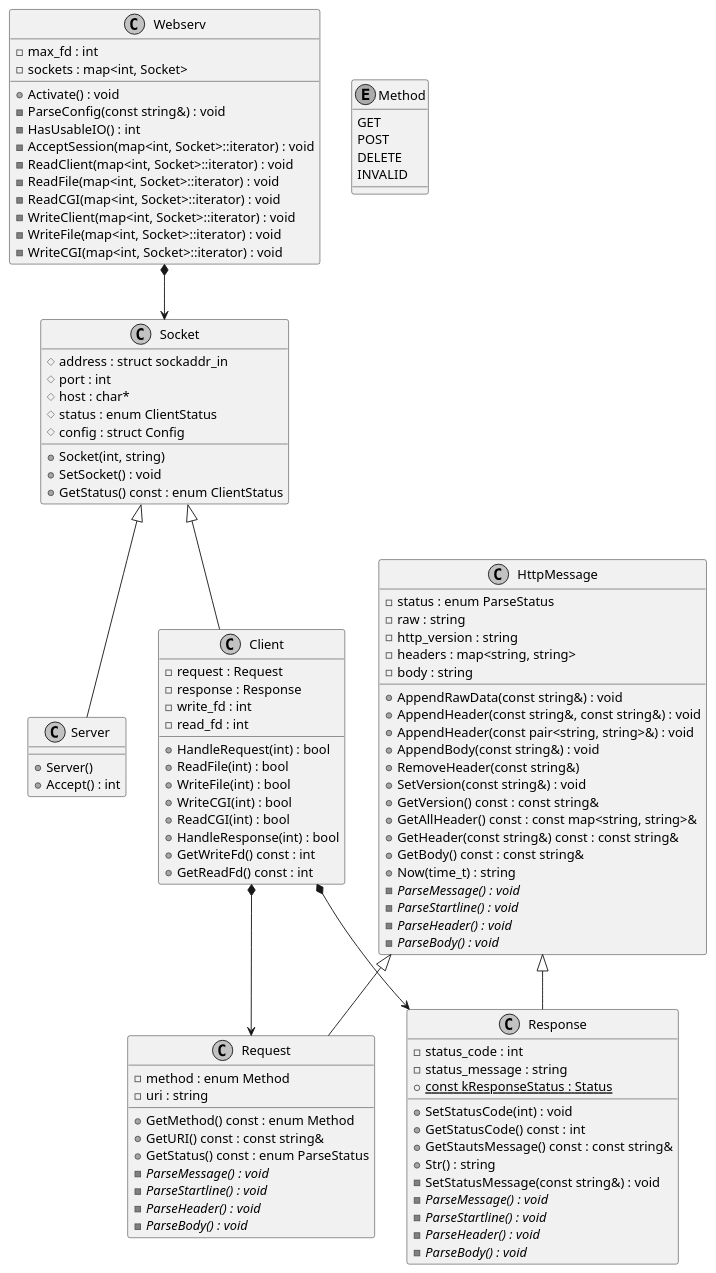
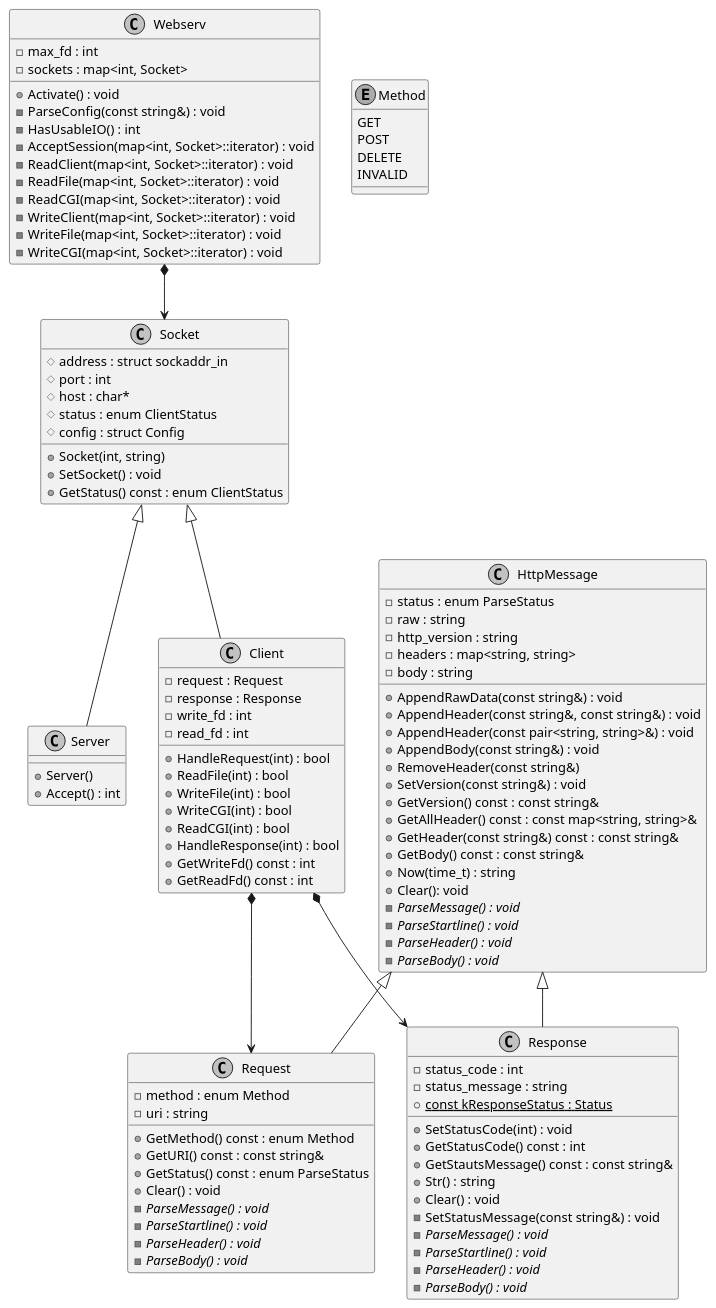
Before and after one commit to tkomatsu/webserv: the diagram in docs/webserv.pu, drawn with PlantUML. The commit also changed 7 other files, not shown here.

```diff
--- a/docs/webserv.pu
+++ b/docs/webserv.pu
@@ -1,117 +1,120 @@
 @startuml webserv
 
 skinparam monochrome true
 skinparam shadowing false
 
 class Webserv {
   - max_fd : int
   - sockets : map<int, Socket>
   + Activate() : void
   - ParseConfig(const string&) : void
   - HasUsableIO() : int
   - AcceptSession(map<int, Socket>::iterator) : void
   - ReadClient(map<int, Socket>::iterator) : void
   - ReadFile(map<int, Socket>::iterator) : void
   - ReadCGI(map<int, Socket>::iterator) : void
   - WriteClient(map<int, Socket>::iterator) : void
   - WriteFile(map<int, Socket>::iterator) : void
   - WriteCGI(map<int, Socket>::iterator) : void
 }
 
 class Socket {
   # address : struct sockaddr_in
   # port : int
   # host : char*
   # status : enum ClientStatus
   # config : struct Config
   + Socket(int, string)
   + SetSocket() : void
   + GetStatus() const : enum ClientStatus
 }
 
 class Server {
   + Server()
   + Accept() : int
 }
 
 class Client {
   - request : Request
   - response : Response
   - write_fd : int
   - read_fd : int
   + HandleRequest(int) : bool
   + ReadFile(int) : bool
   + WriteFile(int) : bool
   + WriteCGI(int) : bool
   + ReadCGI(int) : bool
   + HandleResponse(int) : bool
   + GetWriteFd() const : int
   + GetReadFd() const : int
 }
 
 class HttpMessage {
   - status : enum ParseStatus
   - raw : string
   - http_version : string
   - headers : map<string, string>
   - body : string
   + AppendRawData(const string&) : void
   + AppendHeader(const string&, const string&) : void
   + AppendHeader(const pair<string, string>&) : void
   + AppendBody(const string&) : void
   + RemoveHeader(const string&)
   + SetVersion(const string&) : void
   + GetVersion() const : const string&
   + GetAllHeader() const : const map<string, string>&
   + GetHeader(const string&) const : const string&
   + GetBody() const : const string&
   + Now(time_t) : string
+  + Clear(): void
   - {abstract} ParseMessage() : void
   - {abstract} ParseStartline() : void
   - {abstract} ParseHeader() : void
   - {abstract} ParseBody() : void
 }
 
 class Request {
   - method : enum Method
   - uri : string
   + GetMethod() const : enum Method
   + GetURI() const : const string&
   + GetStatus() const : enum ParseStatus
+  + Clear() : void
   - {abstract} ParseMessage() : void
   - {abstract} ParseStartline() : void
   - {abstract} ParseHeader() : void
   - {abstract} ParseBody() : void
 }
 
 class Response {
   - status_code : int
   - status_message : string
   + {static} const kResponseStatus : Status
   + SetStatusCode(int) : void
   + GetStatusCode() const : int
   + GetStautsMessage() const : const string&
   + Str() : string
+  + Clear() : void
   - SetStatusMessage(const string&) : void
   - {abstract} ParseMessage() : void
   - {abstract} ParseStartline() : void
   - {abstract} ParseHeader() : void
   - {abstract} ParseBody() : void
 }
 
 enum Method {
   GET
   POST
   DELETE
   INVALID
 }
 
 Webserv *--> Socket
 Socket <|-- Client
 Socket <|-- Server
 Client *--> Request
 Client *--> Response
 HttpMessage <|-- Request
 HttpMessage <|-- Response
 
 @enduml
```
